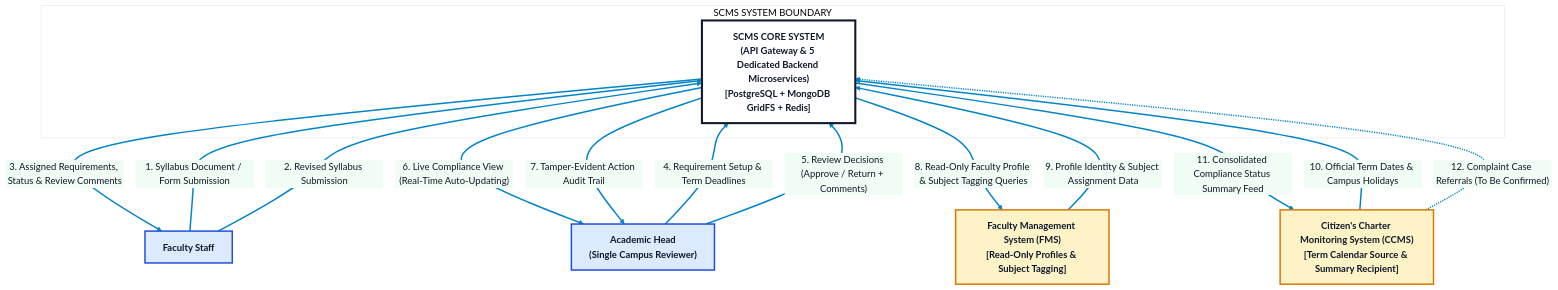
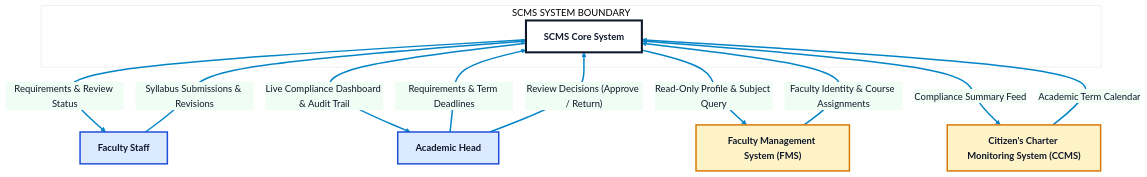
The first of 7 diagrams in docs/system_architecture_and_diagrams.md (EducRodTablizo/Capstone-SCMS), drawn with Mermaid before and after one commit. The commit also changed other lines of this file and 70 other files, not shown here.

````diff
--- a/docs/system_architecture_and_diagrams.md
+++ b/docs/system_architecture_and_diagrams.md
@@ -15,41 +16,35 @@
 ```mermaid
 %%{init: {'theme': 'base', 'themeVariables': { 'darkMode': false, 'background': '#FFFFFF', 'primaryColor': '#EFF6FF', 'primaryTextColor': '#0F172A', 'primaryBorderColor': '#1E293B', 'lineColor': '#0284C7', 'secondaryColor': '#F0FDF4', 'tertiaryColor': '#FFFFFF' }}}%%
 flowchart TB
     classDef actorNode fill:#DBEAFE,stroke:#1D4ED8,stroke-width:2.5px,color:#0F172A,font-weight:bold;
     classDef systemNode fill:#FFFFFF,stroke:#0F172A,stroke-width:3.5px,color:#0F172A,font-weight:bold;
     classDef extSysNode fill:#FEF3C7,stroke:#D97706,stroke-width:2.5px,color:#0F172A,font-weight:bold;
 
-    subgraph Perimeter [" SCMS SYSTEM BOUNDARY "]
-        SCMS["SCMS CORE SYSTEM\n(API Gateway & 5 Dedicated Backend Microservices)\n[PostgreSQL + MongoDB GridFS + Redis]"]:::systemNode
+    subgraph Boundary [" SCMS SYSTEM BOUNDARY "]
+        SCMS["SCMS Core System"]:::systemNode
     end
 
-    %% Two Human Roles Only
+    %% Human User Roles (Two Roles Only)
     Faculty["Faculty Staff"]:::actorNode
-    AcadHead["Academic Head\n(Single Campus Reviewer)"]:::actorNode
+    AcadHead["Academic Head"]:::actorNode
 
     %% External Campus Systems
-    FMS["Faculty Management System (FMS)\n[Read-Only Profiles & Subject Tagging]"]:::extSysNode
-    CCMS["Citizen's Charter Monitoring System (CCMS)\n[Term Calendar Source & Summary Recipient]"]:::extSysNode
+    FMS["Faculty Management System (FMS)"]:::extSysNode
+    CCMS["Citizen's Charter Monitoring System (CCMS)"]:::extSysNode
 
-    %% Interactions - Faculty Staff
-    Faculty -- "1. Syllabus Document / Form Submission" --> SCMS
-    Faculty -- "2. Revised Syllabus Submission" --> SCMS
-    SCMS -- "3. Assigned Requirements, Status & Review Comments" --> Faculty
+    %% Interactions
+    Faculty -- "Syllabus Submissions & Revisions" --> SCMS
+    SCMS -- "Requirements & Review Status" --> Faculty
 
-    %% Interactions - Academic Head
-    AcadHead -- "4. Requirement Setup & Term Deadlines" --> SCMS
-    AcadHead -- "5. Review Decisions (Approve / Return + Comments)" --> SCMS
-    SCMS -- "6. Live Compliance View (Real-Time Auto-Updating)" --> AcadHead
-    SCMS -- "7. Tamper-Evident Action Audit Trail" --> AcadHead
+    AcadHead -- "Requirements & Term Deadlines" --> SCMS
+    AcadHead -- "Review Decisions (Approve / Return)" --> SCMS
+    SCMS -- "Live Compliance Dashboard & Audit Trail" --> AcadHead
 
-    %% Interactions - FMS
-    SCMS -- "8. Read-Only Faculty Profile & Subject Tagging Queries" --> FMS
-    FMS -- "9. Profile Identity & Subject Assignment Data" --> SCMS
+    SCMS -- "Read-Only Profile & Subject Query" --> FMS
+    FMS -- "Faculty Identity & Course Assignments" --> SCMS
 
-    %% Interactions - CCMS
-    CCMS -- "10. Official Term Dates & Campus Holidays" --> SCMS
-    SCMS -- "11. Consolidated Compliance Status Summary Feed" --> CCMS
-    CCMS -. "12. Complaint Case Referrals (To Be Confirmed)" .-> SCMS
+    CCMS -- "Academic Term Calendar" --> SCMS
+    SCMS -- "Compliance Summary Feed" --> CCMS
 
     linkStyle default stroke:#0284C7,stroke-width:2.5px;
 ```
````
